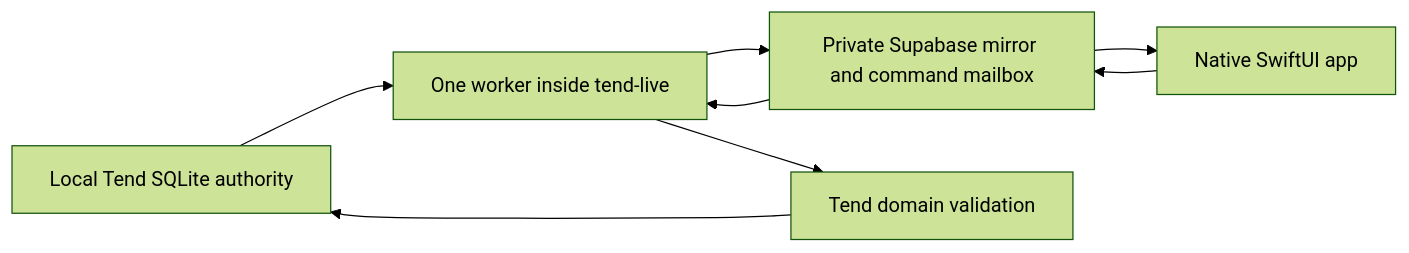
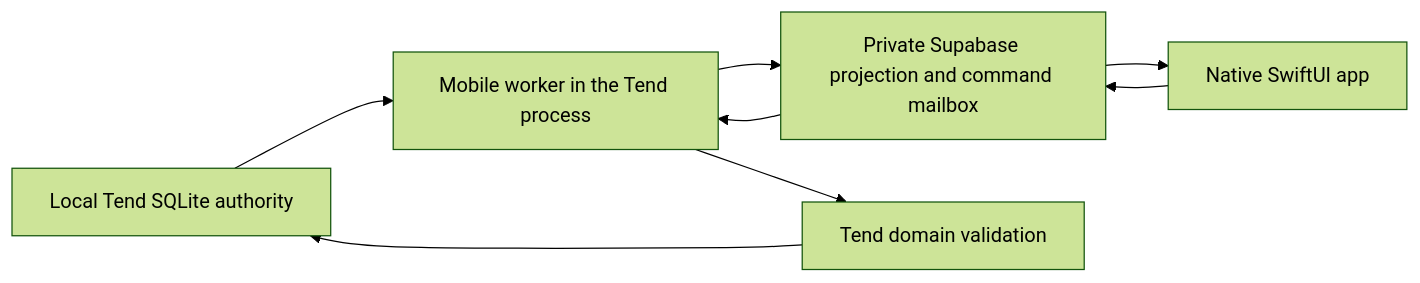
Before and after one commit to rootflare-code/tend: the diagram in docs/IOS.md, drawn with Mermaid (forest theme). The commit also changed other lines of this file and 91 other files, not shown here.

````diff
--- a/docs/IOS.md
+++ b/docs/IOS.md
@@ -9,10 +12,10 @@
 ```mermaid
 flowchart LR
-  SQLite["Local Tend SQLite authority"] --> Worker["One worker inside tend-live"]
-  Worker --> Supabase["Private Supabase mirror and command mailbox"]
+  SQLite["Local Tend SQLite authority"] --> Worker["Mobile worker in the Tend process"]
+  Worker --> Supabase["Private Supabase projection and command mailbox"]
   Supabase --> Phone["Native SwiftUI app"]
   Phone --> Supabase
   Supabase --> Worker
   Worker --> Domain["Tend domain validation"]
   Domain --> SQLite
 ```
````
